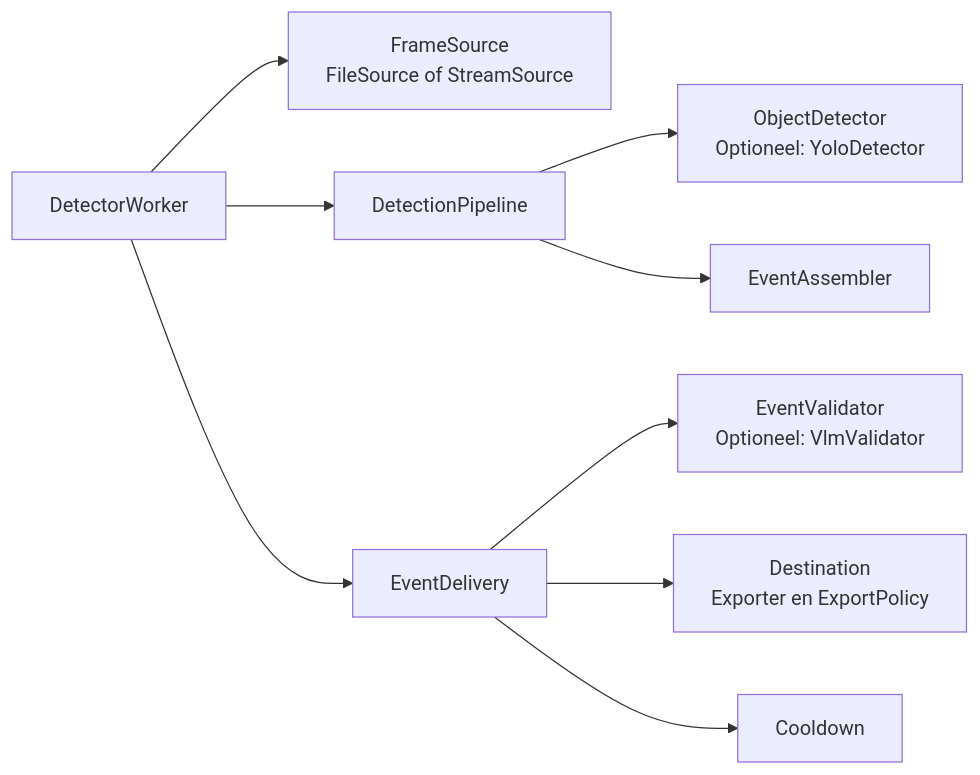
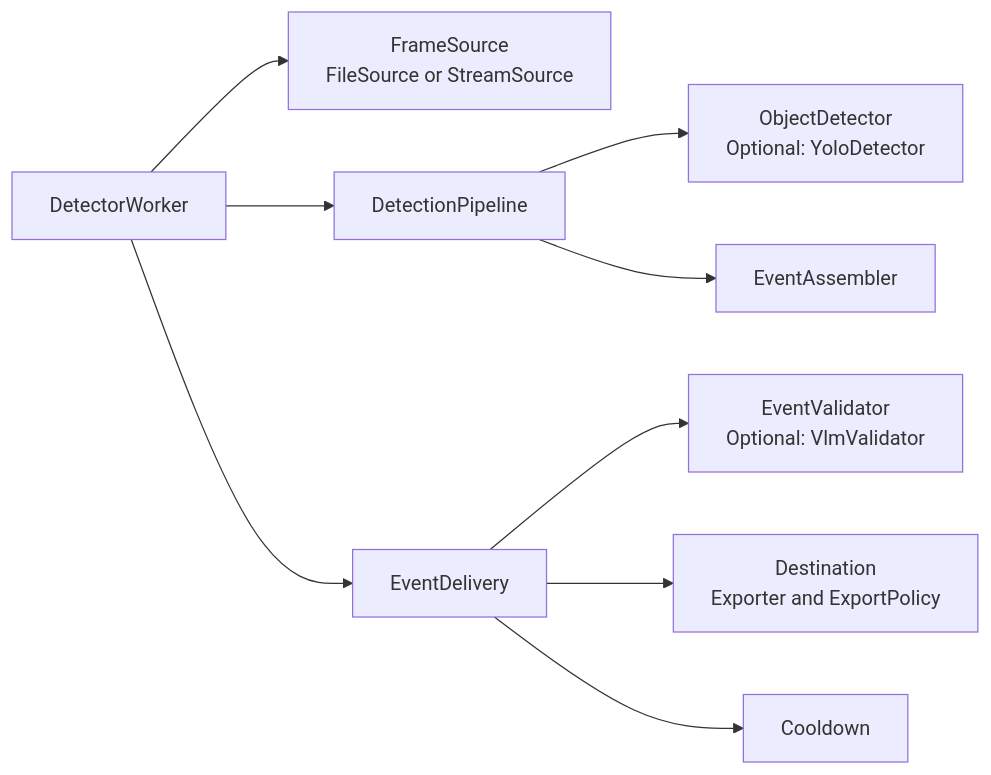
The fourth of 4 diagrams in SYSTEM_OVERVIEW.md (ESchouten/ai-detector), drawn with Mermaid before and after one commit. The commit also changed other lines of this file and 12 other files, not shown here.

````diff
--- a/SYSTEM_OVERVIEW.md
+++ b/SYSTEM_OVERVIEW.md
@@ -151,11 +151,11 @@
 ```mermaid
 flowchart LR
-    Worker["DetectorWorker"] --> Source["FrameSource<br/>FileSource of StreamSource"]
+    Worker["DetectorWorker"] --> Source["FrameSource<br/>FileSource or StreamSource"]
     Worker --> Pipeline["DetectionPipeline"]
     Worker --> Delivery["EventDelivery"]
-    Pipeline --> Detector["ObjectDetector<br/>Optioneel: YoloDetector"]
+    Pipeline --> Detector["ObjectDetector<br/>Optional: YoloDetector"]
     Pipeline --> Assembler["EventAssembler"]
-    Delivery --> Validator["EventValidator<br/>Optioneel: VlmValidator"]
-    Delivery --> Destinations["Destination<br/>Exporter en ExportPolicy"]
+    Delivery --> Validator["EventValidator<br/>Optional: VlmValidator"]
+    Delivery --> Destinations["Destination<br/>Exporter and ExportPolicy"]
     Delivery --> Cooldown["Cooldown"]
 ```
````
